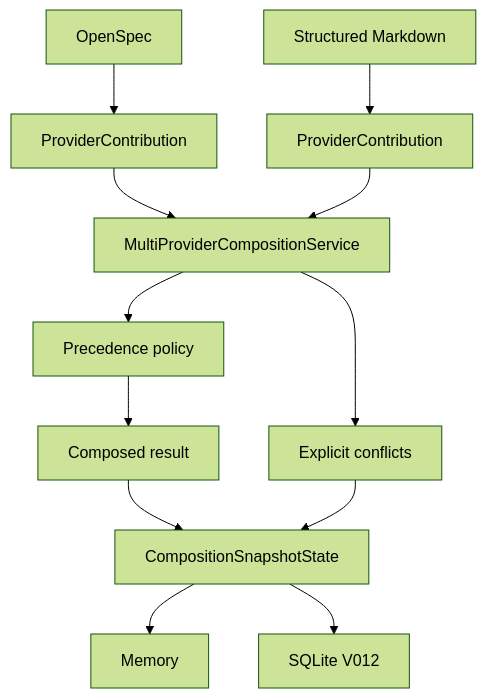
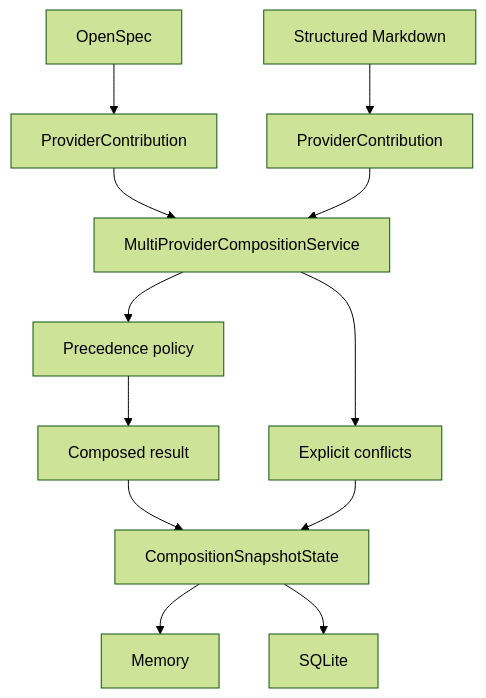
The third of 3 diagrams in docs/developer/ARCHITECTURE.md (FTurleque/morpheus-engine), drawn with Mermaid (forest theme) before and after one commit. The commit also changed other lines of this file, not shown here.

Commit message:
docs: align architecture guide with M20

````diff
--- a/docs/developer/ARCHITECTURE.md
+++ b/docs/developer/ARCHITECTURE.md
@@ -221,14 +176,14 @@
 ```mermaid
 flowchart TB
     O[OpenSpec] --> PC1[ProviderContribution]
     M[Structured Markdown] --> PC2[ProviderContribution]
     PC1 --> C[MultiProviderCompositionService]
     PC2 --> C
     C --> P[Precedence policy]
     P --> R[Composed result]
     C --> F[Explicit conflicts]
     R --> S[CompositionSnapshotState]
     F --> S
     S --> MEM[Memory]
-    S --> SQL[SQLite V012]
+    S --> SQL[SQLite]
 ```
````
